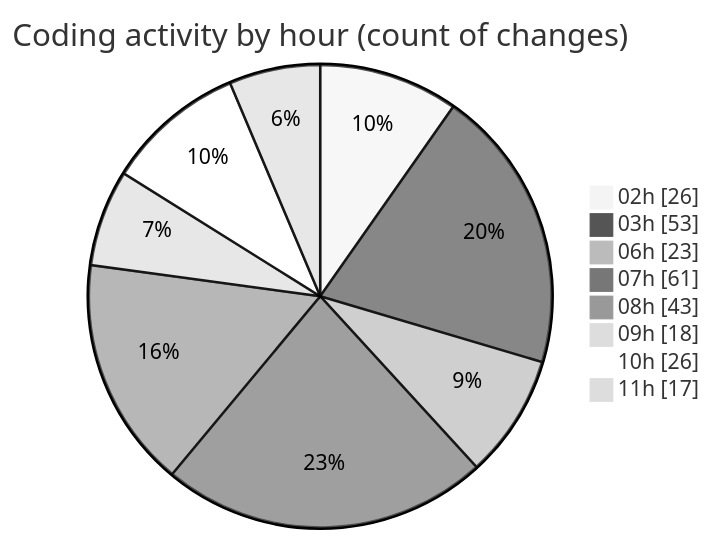
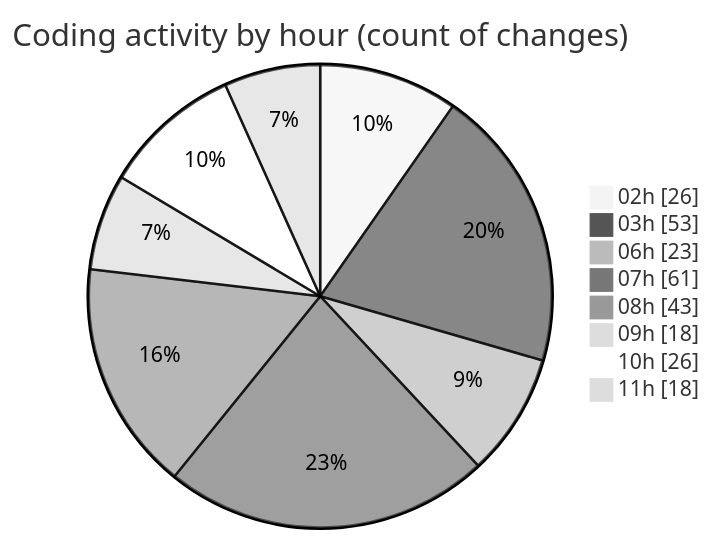
Before and after one commit to charlie-sans/code-tracking: the second of 2 diagrams in 2025-02-22/micros/README.md, drawn with Mermaid (neutral theme). The commit also changed other lines of this file and 1 other file, not shown here.

````diff
--- a/2025-02-22/micros/README.md
+++ b/2025-02-22/micros/README.md
@@ -78,12 +78,12 @@
 ```mermaid
 pie showData
 title Coding activity by hour (count of changes)
 "02h" : 26
 "03h" : 53
 "06h" : 23
 "07h" : 61
 "08h" : 43
 "09h" : 18
 "10h" : 26
-"11h" : 17
+"11h" : 18
 ```
````
